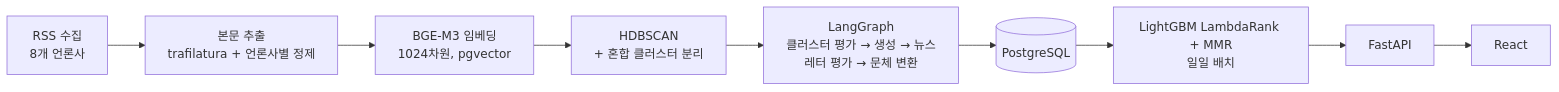
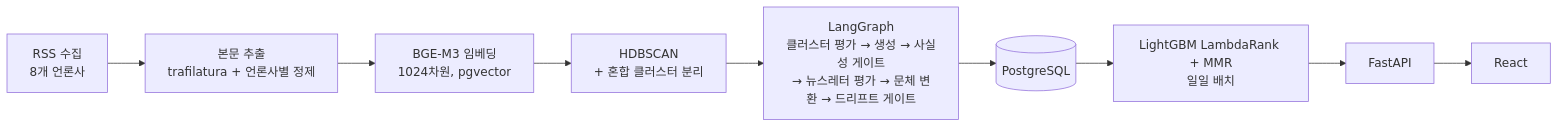
The diagram in README.md (khj1212k/pro-recsys-finalproject-recsys-01), drawn with Mermaid before and after one commit. The commit also changed other lines of this file and 1 other file, not shown here.

````diff
--- a/README.md
+++ b/README.md
@@ -15,10 +15,10 @@
 ```mermaid
 flowchart LR
     A[RSS 수집<br/>8개 언론사] --> B[본문 추출<br/>trafilatura + 언론사별 정제]
     B --> C[BGE-M3 임베딩<br/>1024차원, pgvector]
     C --> D[HDBSCAN<br/>+ 혼합 클러스터 분리]
-    D --> E[LangGraph<br/>클러스터 평가 → 생성 → 뉴스레터 평가 → 문체 변환]
+    D --> E[LangGraph<br/>클러스터 평가 → 생성 → 사실성 게이트<br/>→ 뉴스레터 평가 → 문체 변환 → 드리프트 게이트]
     E --> F[(PostgreSQL)]
     F --> G[LightGBM LambdaRank + MMR<br/>일일 배치]
     G --> H[FastAPI] --> I[React]
 ```
````
